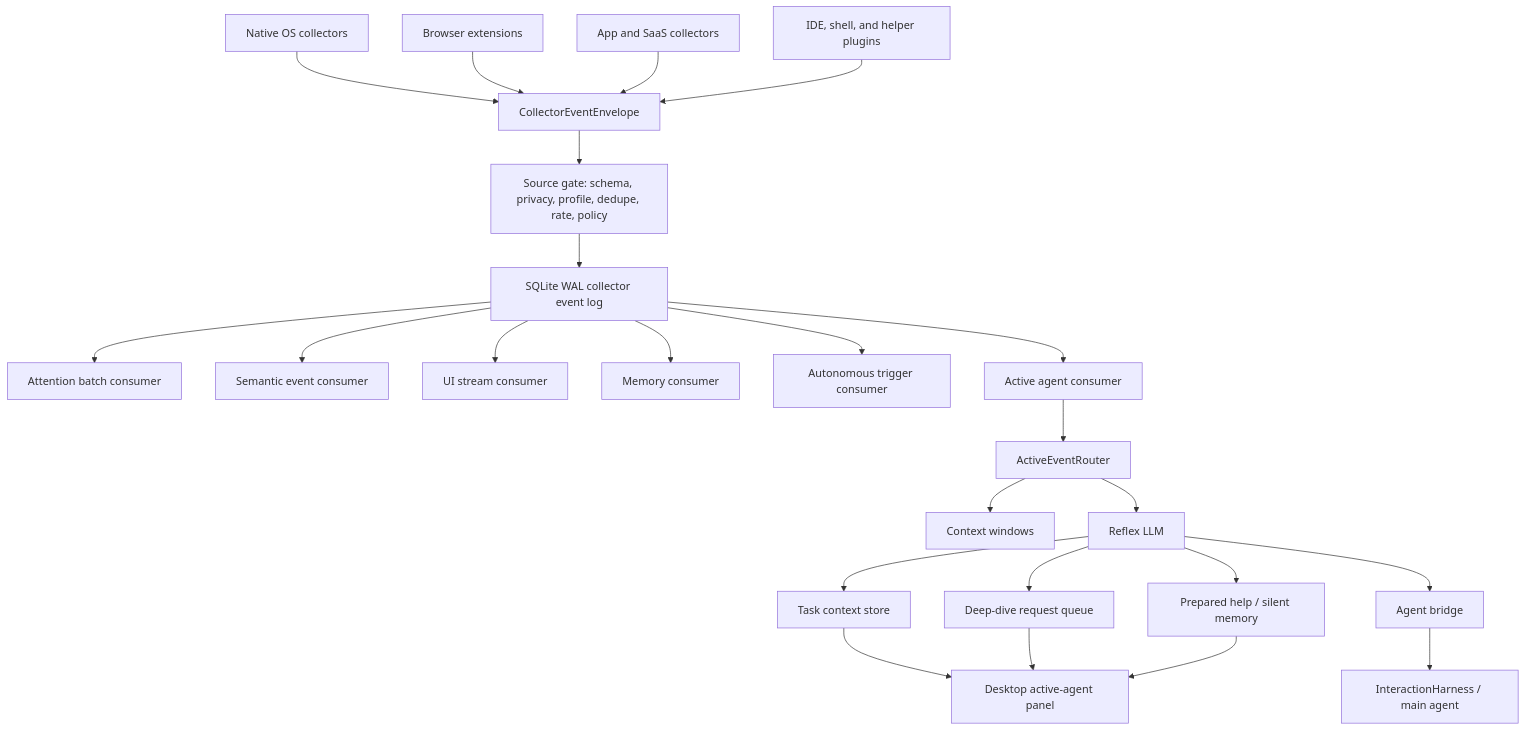
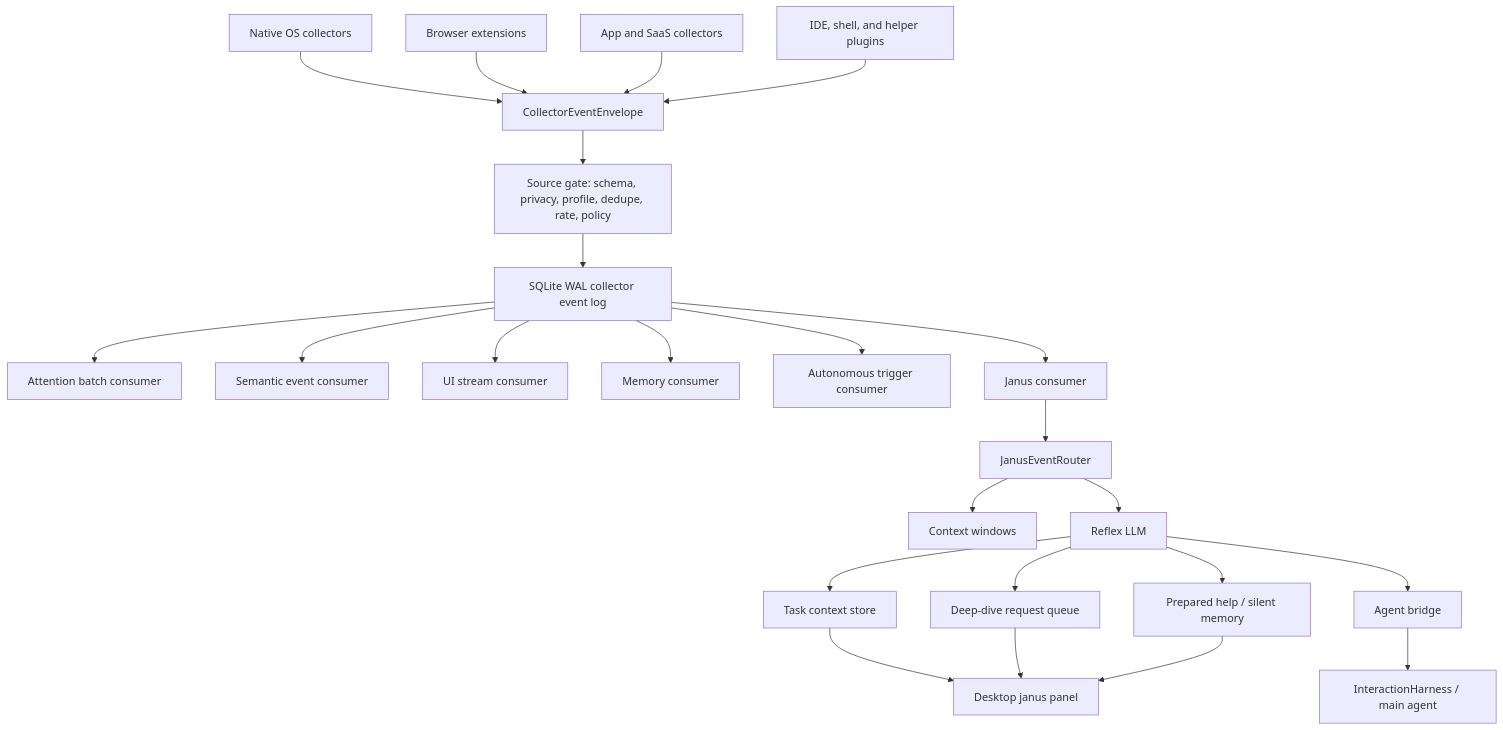
The diagram in docs/JANUS_REFLEX_ARCHITECTURE.md (bhaveshpabnani/Humungousaur), drawn with Mermaid before and after one commit. The commit also changed other lines of this file and 84 other files, not shown here.

Commit message:
Rename active agent surfaces to Janus

````diff
--- a/docs/JANUS_REFLEX_ARCHITECTURE.md
+++ b/docs/JANUS_REFLEX_ARCHITECTURE.md
@@ -290,26 +290,26 @@
 ```mermaid
 flowchart TD
     A["Native OS collectors"] --> E["CollectorEventEnvelope"]
     B["Browser extensions"] --> E
     C["App and SaaS collectors"] --> E
     D["IDE, shell, and helper plugins"] --> E
     E --> F["Source gate: schema, privacy, profile, dedupe, rate, policy"]
     F --> G["SQLite WAL collector event log"]
     G --> H["Attention batch consumer"]
     G --> I["Semantic event consumer"]
     G --> J["UI stream consumer"]
     G --> K["Memory consumer"]
     G --> L["Autonomous trigger consumer"]
-    G --> M["Active agent consumer"]
-    M --> N["ActiveEventRouter"]
+    G --> M["Janus consumer"]
+    M --> N["JanusEventRouter"]
     N --> O["Context windows"]
     N --> P["Reflex LLM"]
     P --> Q["Task context store"]
     P --> R["Deep-dive request queue"]
     P --> S["Prepared help / silent memory"]
     P --> T["Agent bridge"]
     T --> U["InteractionHarness / main agent"]
-    Q --> V["Desktop active-agent panel"]
+    Q --> V["Desktop janus panel"]
     R --> V
     S --> V
 ```
````
